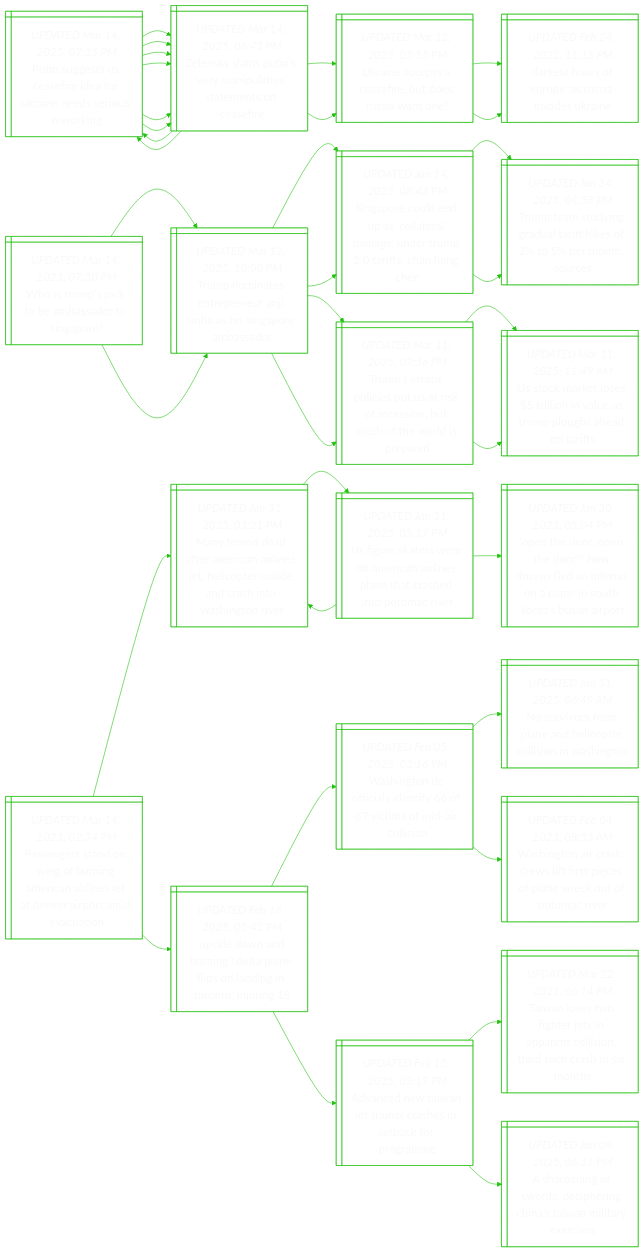
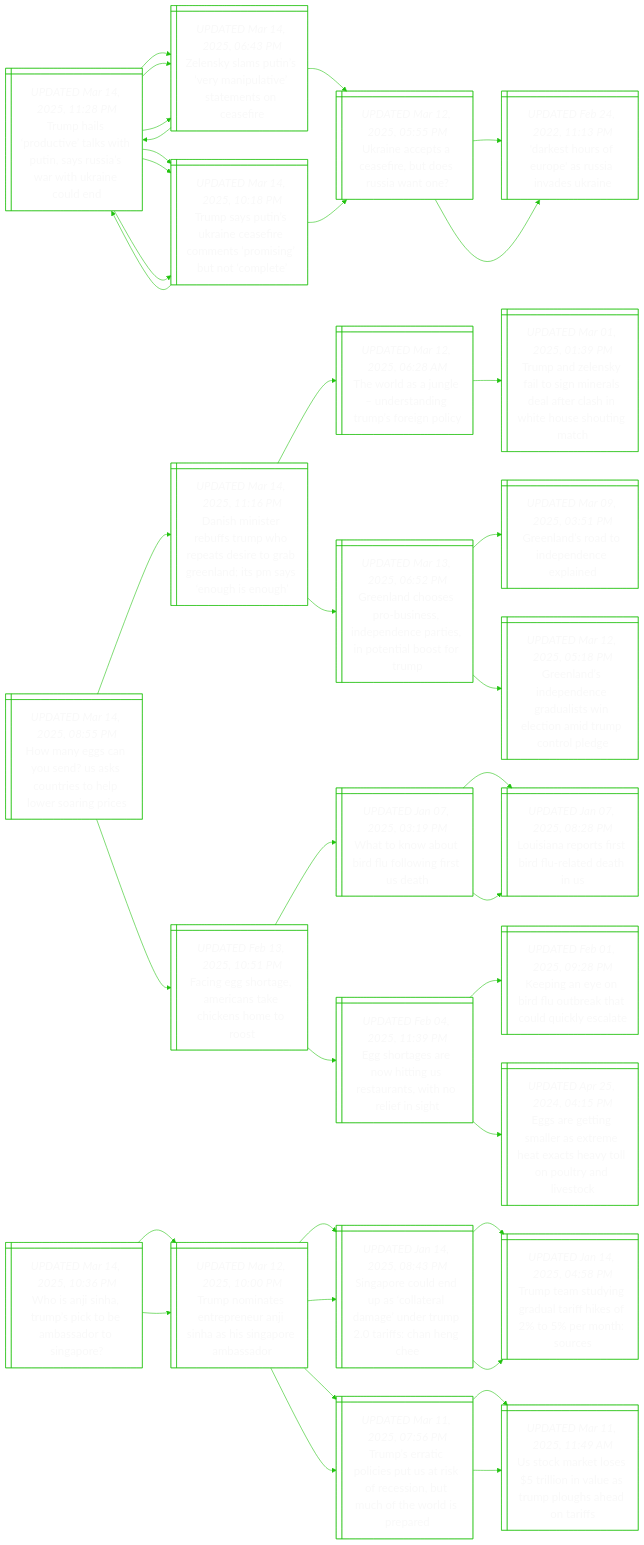
Before and after one commit to notJmes/notJmes: the diagram in README.md, drawn with Mermaid. The commit also changed other lines of this file, not shown here.

````diff
--- a/README.md
+++ b/README.md
@@ -16,48 +16,91 @@
 flowchart LR
 classDef txtsize font-size:20px;
 
-Psscfdrierrk@{ shape: win-pane, label: "_UPDATED Mar 14, 2025, 07:25 PM_
-Putin suggests us ceasefire idea for ukraine needs serious reworking" }
+Thpctwuaswtaon@{ shape: win-pane, label: "_UPDATED Mar 14, 2025, 11:28 PM_
+Trump hails ‘productive’ talks with putin, says russia’s war with ukraine could end" }
 Zsatenasmose@{ shape: win-pane, label: "_UPDATED Mar 14, 2025, 06:43 PM_
 Zelensky slams putin’s ‘very manipulative’ statements on ceasefire" }
 Unecfusit@{ shape: win-pane, label: "_UPDATED Mar 12, 2025, 05:55 PM_
 Ukraine accepts a ceasefire, but does russia want one?" }
 DsruasvUn@{ shape: win-pane, label: "_UPDATED Feb 24, 2022, 11:13 PM_
 'darkest hours of europe' as russia invades ukraine" }
-Psscfdrierrk@{ shape: win-pane, label: "_UPDATED Mar 14, 2025, 07:25 PM_
-Putin suggests us ceasefire idea for ukraine needs serious reworking" }
+Thpctwuaswtaon@{ shape: win-pane, label: "_UPDATED Mar 14, 2025, 11:28 PM_
+Trump hails ‘productive’ talks with putin, says russia’s war with ukraine could end" }
 Zsatenasmose@{ shape: win-pane, label: "_UPDATED Mar 14, 2025, 06:43 PM_
 Zelensky slams putin’s ‘very manipulative’ statements on ceasefire" }
+TsuUnseeritot@{ shape: win-pane, label: "_UPDATED Mar 14, 2025, 10:18 PM_
+Trump says putin’s ukraine ceasefire comments ‘promising’ but not ‘complete’" }
+TsuUnseeritot@{ shape: win-pane, label: "_UPDATED Mar 14, 2025, 10:18 PM_
+Trump says putin’s ukraine ceasefire comments ‘promising’ but not ‘complete’" }
+Thpctwuaswtaon@{ shape: win-pane, label: "_UPDATED Mar 14, 2025, 11:28 PM_
+Trump hails ‘productive’ talks with putin, says russia’s war with ukraine could end" }
 Zsatenasmose@{ shape: win-pane, label: "_UPDATED Mar 14, 2025, 06:43 PM_
 Zelensky slams putin’s ‘very manipulative’ statements on ceasefire" }
-Zsatenasmose@{ shape: win-pane, label: "_UPDATED Mar 14, 2025, 06:43 PM_
-Zelensky slams putin’s ‘very manipulative’ statements on ceasefire" }
+TsuUnseeritot@{ shape: win-pane, label: "_UPDATED Mar 14, 2025, 10:18 PM_
+Trump says putin’s ukraine ceasefire comments ‘promising’ but not ‘complete’" }
 Unecfusit@{ shape: win-pane, label: "_UPDATED Mar 12, 2025, 05:55 PM_
 Ukraine accepts a ceasefire, but does russia want one?" }
 DsruasvUn@{ shape: win-pane, label: "_UPDATED Feb 24, 2022, 11:13 PM_
 'darkest hours of europe' as russia invades ukraine" }
-Psscfdrierrk@{ shape: win-pane, label: "_UPDATED Mar 14, 2025, 07:25 PM_
-Putin suggests us ceasefire idea for ukraine needs serious reworking" }
-Zsatenasmose@{ shape: win-pane, label: "_UPDATED Mar 14, 2025, 06:43 PM_
-Zelensky slams putin’s ‘very manipulative’ statements on ceasefire" }
-Zsatenasmose@{ shape: win-pane, label: "_UPDATED Mar 14, 2025, 06:43 PM_
-Zelensky slams putin’s ‘very manipulative’ statements on ceasefire" }
 
-Psscfdrierrk:::txtsize --> Zsatenasmose:::txtsize
+Thpctwuaswtaon:::txtsize --> Zsatenasmose:::txtsize
 Zsatenasmose:::txtsize --> Unecfusit:::txtsize
 Unecfusit:::txtsize --> DsruasvUn:::txtsize
-Zsatenasmose:::txtsize --> Psscfdrierrk:::txtsize
-Psscfdrierrk:::txtsize --> Zsatenasmose:::txtsize
-Psscfdrierrk:::txtsize --> Zsatenasmose:::txtsize
-Psscfdrierrk:::txtsize --> Zsatenasmose:::txtsize
-Zsatenasmose:::txtsize --> Unecfusit:::txtsize
+Zsatenasmose:::txtsize --> Thpctwuaswtaon:::txtsize
+Thpctwuaswtaon:::txtsize --> Zsatenasmose:::txtsize
+Thpctwuaswtaon:::txtsize --> TsuUnseeritot:::txtsize
+Thpctwuaswtaon:::txtsize --> TsuUnseeritot:::txtsize
+TsuUnseeritot:::txtsize --> Thpctwuaswtaon:::txtsize
+Thpctwuaswtaon:::txtsize --> Zsatenasmose:::txtsize
+Thpctwuaswtaon:::txtsize --> TsuUnseeritot:::txtsize
+TsuUnseeritot:::txtsize --> Unecfusit:::txtsize
 Unecfusit:::txtsize --> DsruasvUn:::txtsize
-Zsatenasmose:::txtsize --> Psscfdrierrk:::txtsize
-Psscfdrierrk:::txtsize --> Zsatenasmose:::txtsize
-Psscfdrierrk:::txtsize --> Zsatenasmose:::txtsize
 
-WTstmaoa@{ shape: win-pane, label: "_UPDATED Mar 14, 2025, 07:30 PM_
-Who is trump’s pick to be ambassador to singapore?" }
+Hnsodknslerr@{ shape: win-pane, label: "_UPDATED Mar 14, 2025, 08:55 PM_
+How many eggs can you send? us asks countries to help lower soaring prices" }
+DhsespesrrenPsgn@{ shape: win-pane, label: "_UPDATED Mar 14, 2025, 11:16 PM_
+Danish minister rebuffs trump who repeats desire to grab greenland; its pm says ‘enough is enough’" }
+TralenTsil@{ shape: win-pane, label: "_UPDATED Mar 12, 2025, 06:28 AM_
+The world as a jungle – understanding trump’s foreign policy" }
+TalytnretaWHsit@{ shape: win-pane, label: "_UPDATED Mar 01, 2025, 01:39 PM_
+Trump and zelensky fail to sign minerals deal after clash in white house shouting match" }
+GlhsuseeastasT@{ shape: win-pane, label: "_UPDATED Mar 13, 2025, 06:52 PM_
+Greenland chooses pro-business, independence parties, in potential boost for trump" }
+Glropnpe@{ shape: win-pane, label: "_UPDATED Mar 09, 2025, 03:51 PM_
+Greenland’s road to independence explained" }
+Gliecdsntmunpe@{ shape: win-pane, label: "_UPDATED Mar 12, 2025, 05:18 PM_
+Greenland’s independence gradualists win election amid trump control pledge" }
+Fghgrscemo@{ shape: win-pane, label: "_UPDATED Feb 13, 2025, 10:51 PM_
+Facing egg shortage, americans take chickens home to roost" }
+Woabllgta@{ shape: win-pane, label: "_UPDATED Jan 07, 2025, 03:19 PM_
+What to know about bird flu following first us death" }
+Liestfldi@{ shape: win-pane, label: "_UPDATED Jan 07, 2025, 08:28 PM_
+Louisiana reports first bird flu-related death in us" }
+Liestfldi@{ shape: win-pane, label: "_UPDATED Jan 07, 2025, 08:28 PM_
+Louisiana reports first bird flu-related death in us" }
+EoentUtnteih@{ shape: win-pane, label: "_UPDATED Feb 04, 2025, 11:39 PM_
+Egg shortages are now hitting us restaurants, with no relief in sight" }
+Knyiurhuiea@{ shape: win-pane, label: "_UPDATED Feb 01, 2025, 09:28 PM_
+Keeping an eye on bird flu outbreak that could quickly escalate" }
+Ertmrthxhtntds@{ shape: win-pane, label: "_UPDATED Apr 25, 2024, 04:15 PM_
+Eggs are getting smaller as extreme heat exacts heavy toll on poultry and livestock" }
+
+Hnsodknslerr:::txtsize --> DhsespesrrenPsgn:::txtsize
+DhsespesrrenPsgn:::txtsize --> TralenTsil:::txtsize
+TralenTsil:::txtsize --> TalytnretaWHsit:::txtsize
+DhsespesrrenPsgn:::txtsize --> GlhsuseeastasT:::txtsize
+GlhsuseeastasT:::txtsize --> Glropnpe:::txtsize
+GlhsuseeastasT:::txtsize --> Gliecdsntmunpe:::txtsize
+Hnsodknslerr:::txtsize --> Fghgrscemo:::txtsize
+Fghgrscemo:::txtsize --> Woabllgta:::txtsize
+Woabllgta:::txtsize --> Liestfldi:::txtsize
+Woabllgta:::txtsize --> Liestfldi:::txtsize
+Fghgrscemo:::txtsize --> EoentUtnteih:::txtsize
+EoentUtnteih:::txtsize --> Knyiurhuiea:::txtsize
+EoentUtnteih:::txtsize --> Ertmrthxhtntds:::txtsize
+
+WAirpobdSp@{ shape: win-pane, label: "_UPDATED Mar 14, 2025, 10:36 PM_
+Who is anji sinha, trump’s pick to be ambassador to singapore?" }
 TnanrrSaSpma@{ shape: win-pane, label: "_UPDATED Mar 12, 2025, 10:00 PM_
 Trump nominates entrepreneur anji sinha as his singapore ambassador" }
 Sponsalgemihne@{ shape: win-pane, label: "_UPDATED Jan 14, 2025, 08:43 PM_
@@ -79,52 +122,15 @@
 UcksinlTphaas@{ shape: win-pane, label: "_UPDATED Mar 11, 2025, 11:49 AM_
 Us stock market loses $5 trillion in value as trump ploughs ahead on tariffs" }
 
-WTstmaoa:::txtsize --> TnanrrSaSpma:::txtsize
+WAirpobdSp:::txtsize --> TnanrrSaSpma:::txtsize
 TnanrrSaSpma:::txtsize --> Sponsalgemihne:::txtsize
 Sponsalgemihne:::txtsize --> Tttndahoetr:::txtsize
 TnanrrSaSpma:::txtsize --> TstlsSseitowip:::txtsize
 TstlsSseitowip:::txtsize --> UcksinlTphaas:::txtsize
-WTstmaoa:::txtsize --> TnanrrSaSpma:::txtsize
+WAirpobdSp:::txtsize --> TnanrrSaSpma:::txtsize
 TnanrrSaSpma:::txtsize --> Sponsalgemihne:::txtsize
 Sponsalgemihne:::txtsize --> Tttndahoetr:::txtsize
 TnanrrSaSpma:::txtsize --> TstlsSseitowip:::txtsize
 TstlsSseitowip:::txtsize --> UcksinlTphaas:::txtsize
 
-PnsogrAcrstepmai@{ shape: win-pane, label: "_UPDATED Mar 14, 2025, 02:34 PM_
-Passengers stand on wing of burning american airlines jet at denver airport amid evacuation" }
-Medfmaljltlaathoe@{ shape: win-pane, label: "_UPDATED Jan 31, 2025, 05:21 PM_
-Many feared dead after american airlines jet, helicopter collide and crash into washington river" }
-Uuawniienthtoi@{ shape: win-pane, label: "_UPDATED Jan 31, 2025, 05:17 PM_
-Us figure skaters were on american airlines plane that crashed into potomac river" }
-Medfmaljltlaathoe@{ shape: win-pane, label: "_UPDATED Jan 31, 2025, 05:21 PM_
-Many feared dead after american airlines jet, helicopter collide and crash into washington river" }
-OhrtodsaennooBar@{ shape: win-pane, label: "_UPDATED Jan 30, 2025, 05:04 PM_
-‘open the door, open the door!’: how dozens fled an inferno on a plane in south korea’s busan airport" }
-UearDpfodnnjg@{ shape: win-pane, label: "_UPDATED Feb 18, 2025, 05:42 PM_
-‘upside down and burning’: delta plane flips on landing in toronto, injuring 18" }
-WnDistfimri@{ shape: win-pane, label: "_UPDATED Feb 05, 2025, 03:16 PM_
-Washington dc officials identify 66 of 67 victims of mid-air collision" }
-Nvspaltloag@{ shape: win-pane, label: "_UPDATED Jan 31, 2025, 06:49 AM_
-No survivors from plane and helicopter collision in washington" }
-WnaaefscpwoPae@{ shape: win-pane, label: "_UPDATED Feb 04, 2025, 08:55 AM_
-Washington air crash: crews lift first pieces of plane wreck out of potomac river" }
-Acwatesnarr@{ shape: win-pane, label: "_UPDATED Feb 15, 2025, 03:17 PM_
-Advanced new taiwan jet trainer crashes in setback for programme" }
-Tnsiriacshuasn@{ shape: win-pane, label: "_UPDATED Mar 22, 2021, 06:14 PM_
-Taiwan loses two fighter jets in apparent collision, third such crash in six months" }
-ApgoeeCsaiei@{ shape: win-pane, label: "_UPDATED Jan 08, 2025, 06:31 PM_
-A sharpening of swords: deciphering china’s taiwan military exercises" }
-
-PnsogrAcrstepmai:::txtsize --> Medfmaljltlaathoe:::txtsize
-Medfmaljltlaathoe:::txtsize --> Uuawniienthtoi:::txtsize
-Uuawniienthtoi:::txtsize --> Medfmaljltlaathoe:::txtsize
-Uuawniienthtoi:::txtsize --> OhrtodsaennooBar:::txtsize
-PnsogrAcrstepmai:::txtsize --> UearDpfodnnjg:::txtsize
-UearDpfodnnjg:::txtsize --> WnDistfimri:::txtsize
-WnDistfimri:::txtsize --> Nvspaltloag:::txtsize
-WnDistfimri:::txtsize --> WnaaefscpwoPae:::txtsize
-UearDpfodnnjg:::txtsize --> Acwatesnarr:::txtsize
-Acwatesnarr:::txtsize --> Tnsiriacshuasn:::txtsize
-Acwatesnarr:::txtsize --> ApgoeeCsaiei:::txtsize
-
 ```
````
